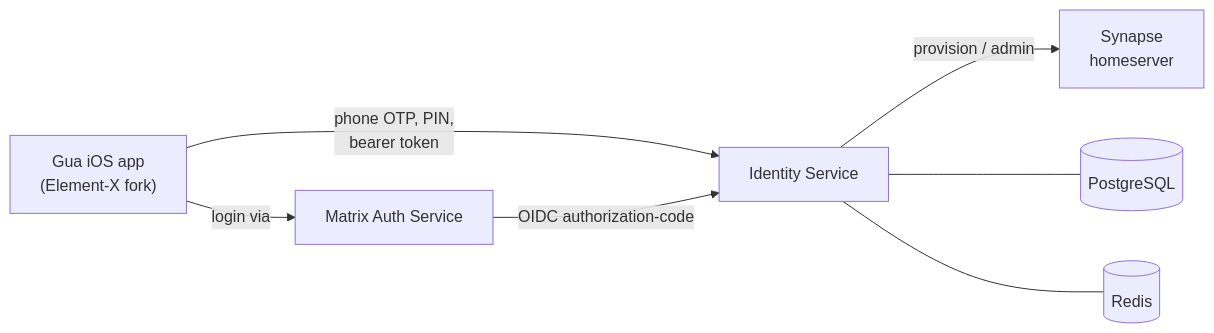
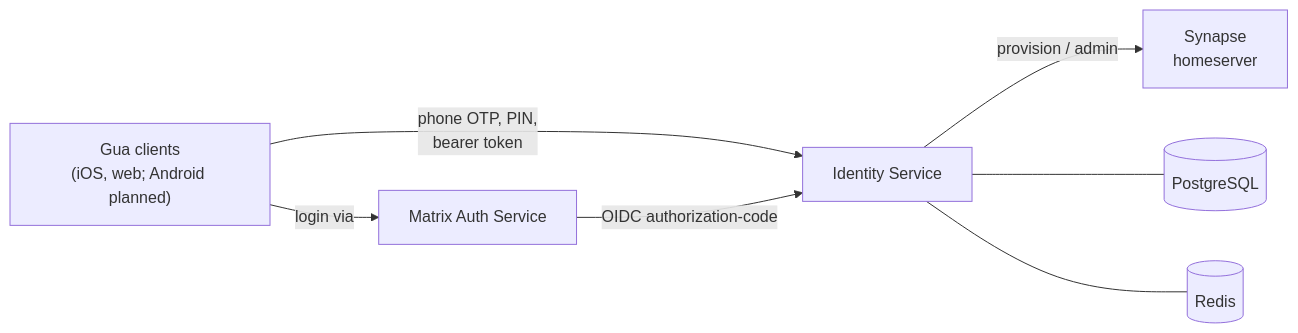
The diagram in README.md (Gua-ra/identity-service), drawn with Mermaid before and after one commit. The commit also changed other lines of this file, not shown here.

Commit message:
docs: generalize client references (iOS, web; Android planned)
Drop the Element-X fork mention and describe Gua clients across iOS,
web, and future Android rather than iOS-only.

````diff
--- a/README.md
+++ b/README.md
@@ -48,9 +48,9 @@
 ```mermaid
 flowchart LR
-    iOS["Gua iOS app<br/>(Element-X fork)"] -->|phone OTP, PIN,<br/>bearer token| IDS["Identity Service"]
+    Clients["Gua clients<br/>(iOS, web; Android planned)"] -->|phone OTP, PIN,<br/>bearer token| IDS["Identity Service"]
     IDS -->|provision / admin| Synapse["Synapse<br/>homeserver"]
     MAS["Matrix Auth Service"] -->|OIDC authorization-code| IDS
-    iOS -->|login via| MAS
+    Clients -->|login via| MAS
     IDS --- PG[("PostgreSQL")]
     IDS --- Redis[("Redis")]
 ```
````
